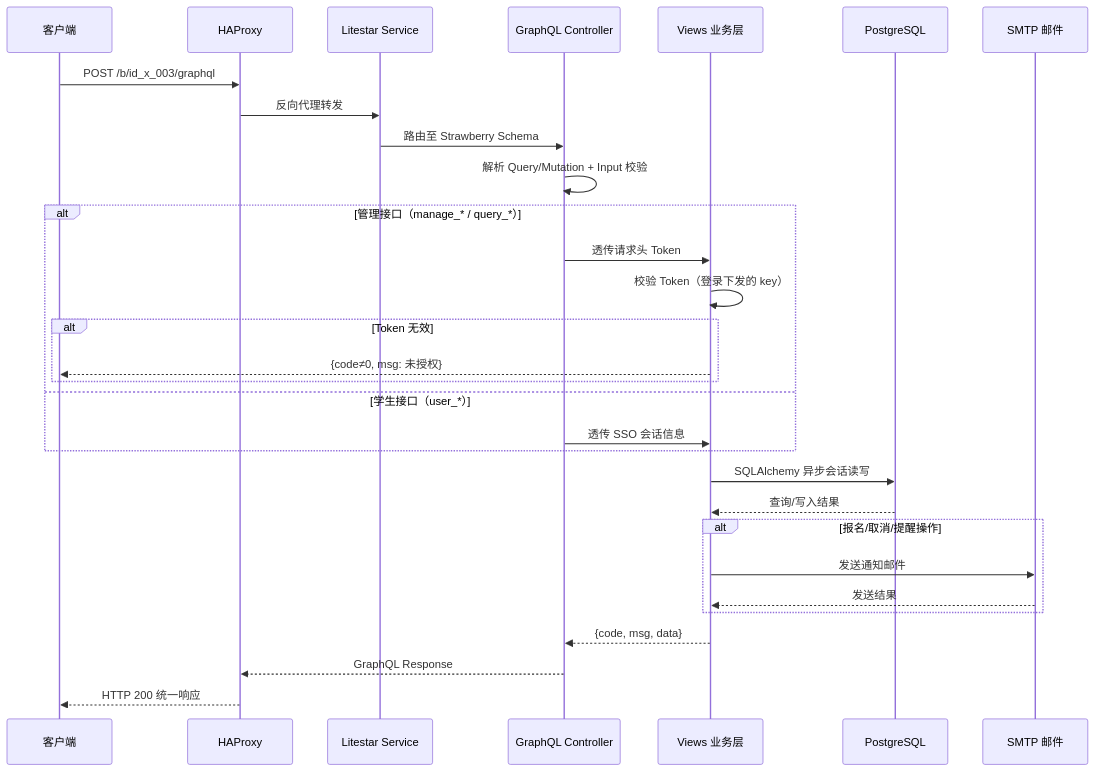
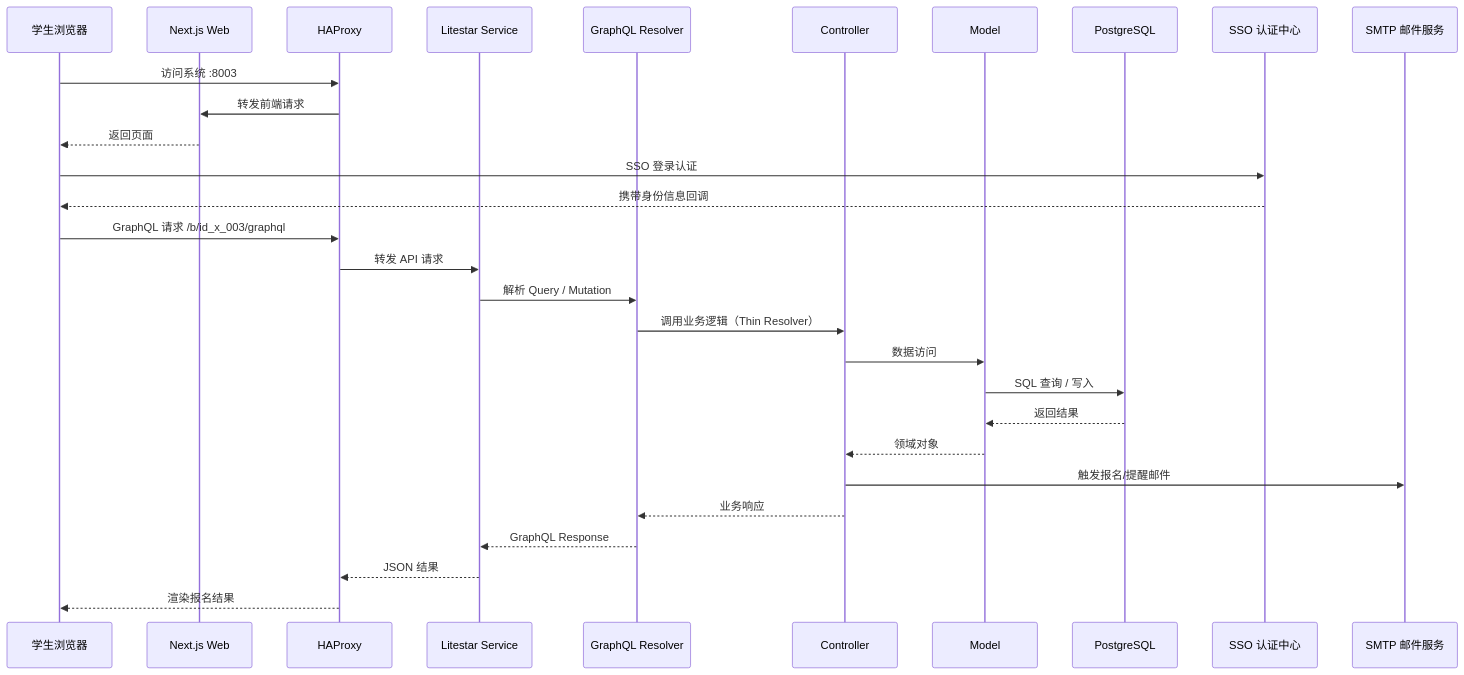
One commit to i-TorchLabs/id_x_003 changed the second of 2 diagrams in README.md. Above: the diagram before and after it, drawn with Mermaid. The commit also changed other lines of this file, not shown here.

````diff
--- a/README.md
+++ b/README.md
@@ -103,37 +103,32 @@
 ```mermaid
 sequenceDiagram
-    participant C as 客户端
+    participant S as 学生浏览器
+    participant W as Next.js Web
     participant H as HAProxy
     participant L as Litestar Service
-    participant G as GraphQL Controller
-    participant V as Views 业务层
-    participant D as PostgreSQL
-    participant M as SMTP 邮件
+    participant G as GraphQL Resolver
+    participant C as Controller
+    participant M as Model
+    participant DB as PostgreSQL
+    participant SSO as SSO 认证中心
+    participant Mail as SMTP 邮件服务
 
-    C->>H: POST /b/id_x_003/graphql
-    H->>L: 反向代理转发
-    L->>G: 路由至 Strawberry Schema
-    G->>G: 解析 Query/Mutation + Input 校验
-
-    alt 管理接口（manage_* / query_*）
-        G->>V: 透传请求头 Token
-        V->>V: 校验 Token（登录下发的 key）
-        alt Token 无效
-            V-->>C: {code≠0, msg: 未授权}
-        end
-    else 学生接口（user_*）
-        G->>V: 透传 SSO 会话信息
-    end
-
-    V->>D: SQLAlchemy 异步会话读写
-    D-->>V: 查询/写入结果
-
-    alt 报名/取消/提醒操作
-        V->>M: 发送通知邮件
-        M-->>V: 发送结果
-    end
-
-    V-->>G: {code, msg, data}
-    G-->>H: GraphQL Response
-    H-->>C: HTTP 200 统一响应
+    S->>H: 访问系统 :8003
+    H->>W: 转发前端请求
+    W-->>S: 返回页面
+    S->>SSO: SSO 登录认证
+    SSO-->>S: 携带身份信息回调
+    S->>H: GraphQL 请求 /b/id_x_003/graphql
+    H->>L: 转发 API 请求
+    L->>G: 解析 Query / Mutation
+    G->>C: 调用业务逻辑（Thin Resolver）
+    C->>M: 数据访问
+    M->>DB: SQL 查询 / 写入
+    DB-->>M: 返回结果
+    M-->>C: 领域对象
+    C->>Mail: 触发报名/提醒邮件
+    C-->>G: 业务响应
+    G-->>L: GraphQL Response
+    L-->>H: JSON 结果
+    H-->>S: 渲染报名结果
 ```
````
